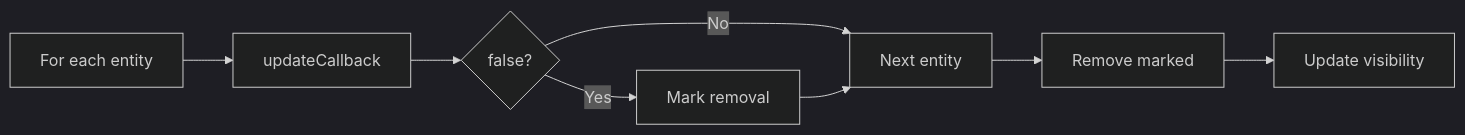
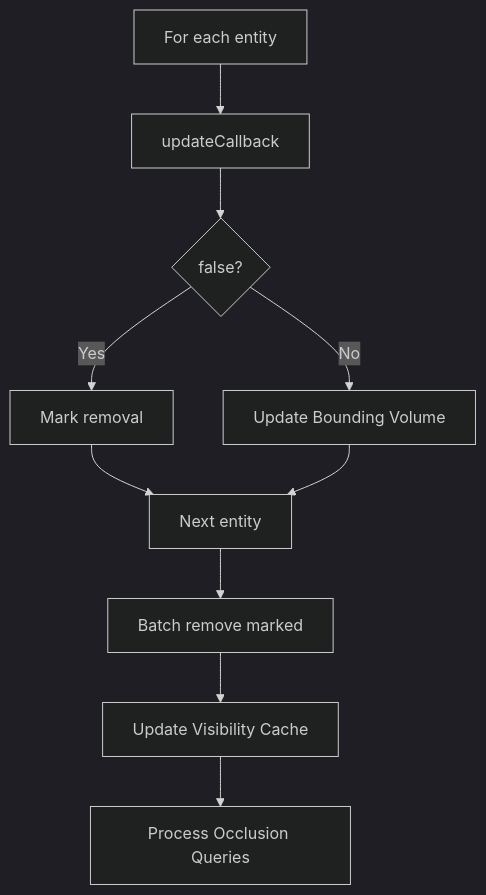
The diagram in docs/scene.md (seriva/simplefps), drawn with Mermaid (dark theme) before and after one commit. The commit also changed other lines of this file and 49 other files, not shown here.

````diff
--- a/docs/scene.md
+++ b/docs/scene.md
@@ -84,10 +99,12 @@
 ```mermaid
-flowchart LR
+flowchart TD
     Update[For each entity] --> Callback[updateCallback]
     Callback --> Remove{false?}
     Remove -->|Yes| Mark[Mark removal]
-    Remove -->|No| Next
+    Remove -->|No| BBox[Update Bounding Volume]
     Mark --> Next[Next entity]
-    Next --> Cleanup[Remove marked]
-    Cleanup --> Cull[Update visibility]
+    BBox --> Next
+    Next --> Cleanup[Batch remove marked]
+    Cleanup --> Visibility[Update Visibility Cache]
+    Visibility --> Occlusion[Process Occlusion Queries]
 ```
````
